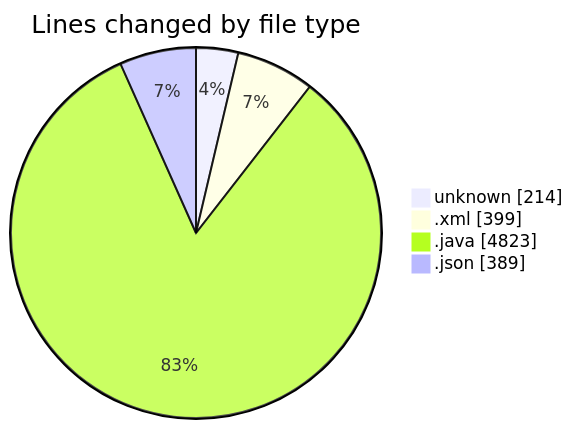
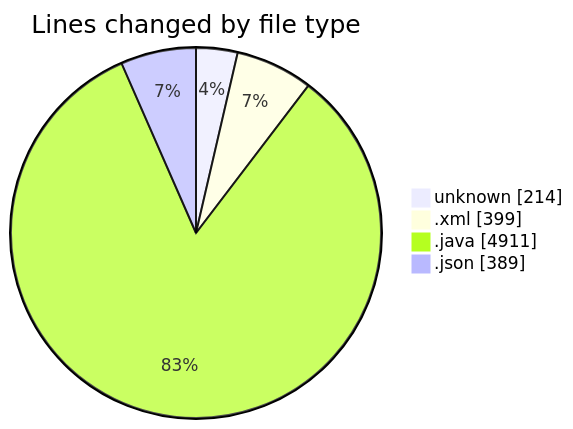
One commit to charlie-sans/code-tracking changed the first of 2 diagrams in 2025-02-24/micros/README.md. Above: the diagram before and after it, drawn with Mermaid. The commit also changed other lines of this file and 1 other file, not shown here.

````diff
--- a/2025-02-24/micros/README.md
+++ b/2025-02-24/micros/README.md
@@ -35,8 +35,8 @@
 ```mermaid
 pie showData
 title Lines changed by file type
 "unknown" : 214
 ".xml" : 399
-".java" : 4823
+".java" : 4911
 ".json" : 389
 ```
````
